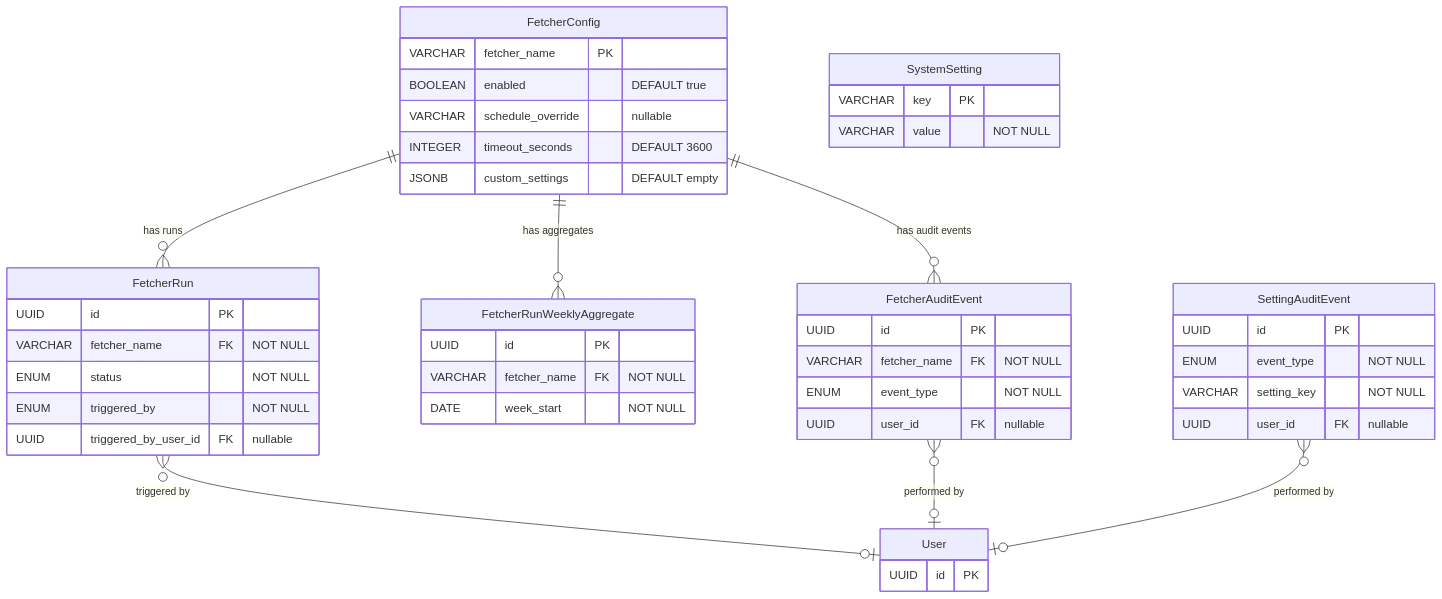
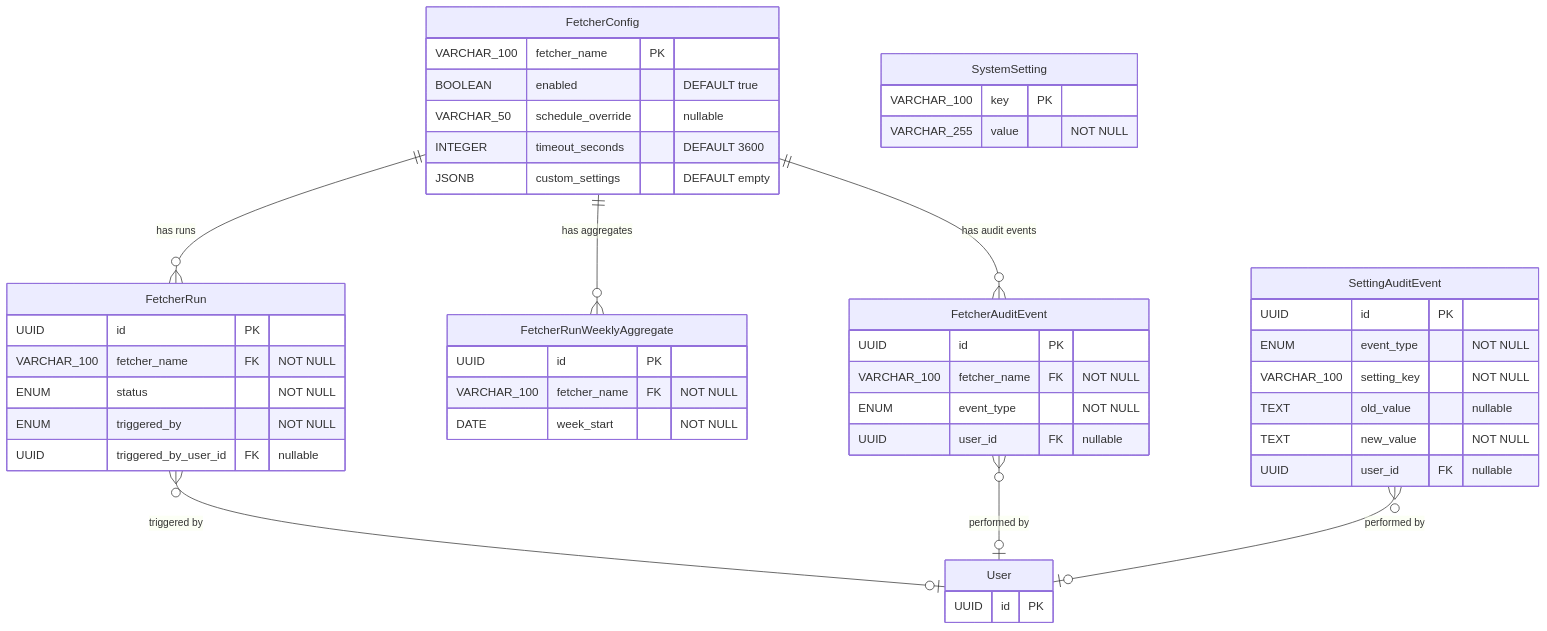
One commit to StayPirate/STAMP changed the fifth of 6 diagrams in docs/data-model.md. Above: the diagram before and after it, drawn with Mermaid. The commit also changed other lines of this file and 10 other files, not shown here.

````diff
--- a/docs/data-model.md
+++ b/docs/data-model.md
@@ -250,48 +250,50 @@
 ```mermaid
 erDiagram
     FetcherConfig {
-        VARCHAR fetcher_name PK
+        VARCHAR_100 fetcher_name PK
         BOOLEAN enabled "DEFAULT true"
-        VARCHAR schedule_override "nullable"
+        VARCHAR_50 schedule_override "nullable"
         INTEGER timeout_seconds "DEFAULT 3600"
         JSONB custom_settings "DEFAULT empty"
     }
     FetcherRun {
         UUID id PK
-        VARCHAR fetcher_name FK "NOT NULL"
+        VARCHAR_100 fetcher_name FK "NOT NULL"
         ENUM status "NOT NULL"
         ENUM triggered_by "NOT NULL"
         UUID triggered_by_user_id FK "nullable"
     }
     FetcherRunWeeklyAggregate {
         UUID id PK
-        VARCHAR fetcher_name FK "NOT NULL"
+        VARCHAR_100 fetcher_name FK "NOT NULL"
         DATE week_start "NOT NULL"
     }
     FetcherAuditEvent {
         UUID id PK
-        VARCHAR fetcher_name FK "NOT NULL"
+        VARCHAR_100 fetcher_name FK "NOT NULL"
         ENUM event_type "NOT NULL"
         UUID user_id FK "nullable"
     }
     SystemSetting {
-        VARCHAR key PK
-        VARCHAR value "NOT NULL"
+        VARCHAR_100 key PK
+        VARCHAR_255 value "NOT NULL"
     }
     SettingAuditEvent {
         UUID id PK
         ENUM event_type "NOT NULL"
-        VARCHAR setting_key "NOT NULL"
+        VARCHAR_100 setting_key "NOT NULL"
+        TEXT old_value "nullable"
+        TEXT new_value "NOT NULL"
         UUID user_id FK "nullable"
     }
     User {
         UUID id PK
     }
 
     FetcherConfig ||--o{ FetcherRun : "has runs"
     FetcherConfig ||--o{ FetcherAuditEvent : "has audit events"
     FetcherConfig ||--o{ FetcherRunWeeklyAggregate : "has aggregates"
     FetcherRun }o--o| User : "triggered by"
     FetcherAuditEvent }o--o| User : "performed by"
     SettingAuditEvent }o--o| User : "performed by"
 ```
````
